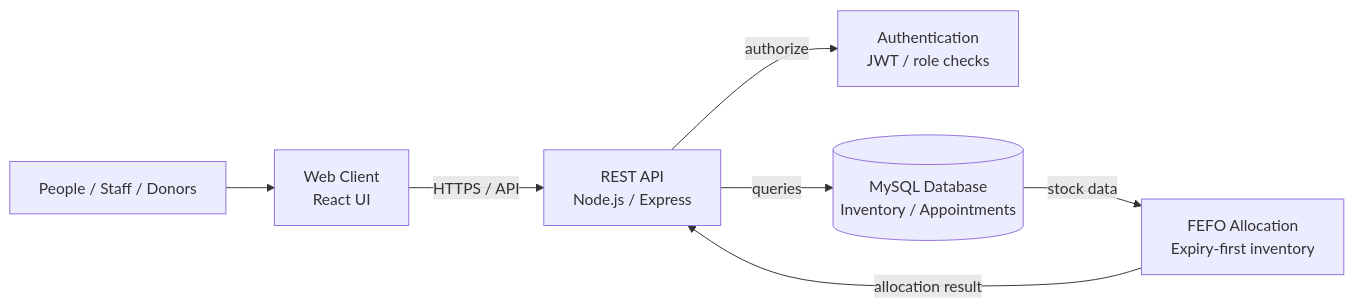
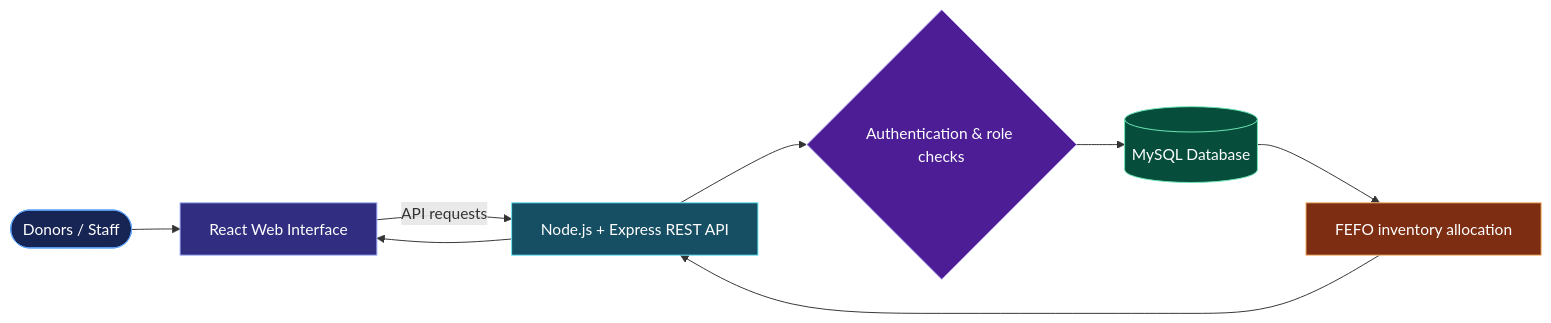
The diagram in README.md (SPradhan-code/SPradhan-code), drawn with Mermaid before and after one commit. The commit also changed other lines of this file, not shown here.

````diff
--- a/README.md
+++ b/README.md
@@ -46,9 +79,16 @@
 ```mermaid
 flowchart LR
-    U[People / Staff / Donors] --> W[Web Client<br/>React UI]
-    W -->|HTTPS / API| A[REST API<br/>Node.js / Express]
-    A -->|authorize| AU[Authentication<br/>JWT / role checks]
-    A -->|queries| DB[(MySQL Database<br/>Inventory / Appointments)]
-    DB -->|stock data| F[FEFO Allocation<br/>Expiry-first inventory]
-    F -->|allocation result| A
+    U([Donors / Staff]) --> UI[React Web Interface]
+    UI -->|API requests| API[Node.js + Express REST API]
+    API --> AUTH{Authentication & role checks}
+    AUTH --> DATA[(MySQL Database)]
+    DATA --> INV[FEFO inventory allocation]
+    INV --> API
+    API --> UI
+    style U fill:#172554,stroke:#60a5fa,color:#fff
+    style UI fill:#312e81,stroke:#a5b4fc,color:#fff
+    style API fill:#164e63,stroke:#67e8f9,color:#fff
+    style AUTH fill:#4c1d95,stroke:#c4b5fd,color:#fff
+    style DATA fill:#064e3b,stroke:#6ee7b7,color:#fff
+    style INV fill:#7c2d12,stroke:#fdba74,color:#fff
 ```
````
